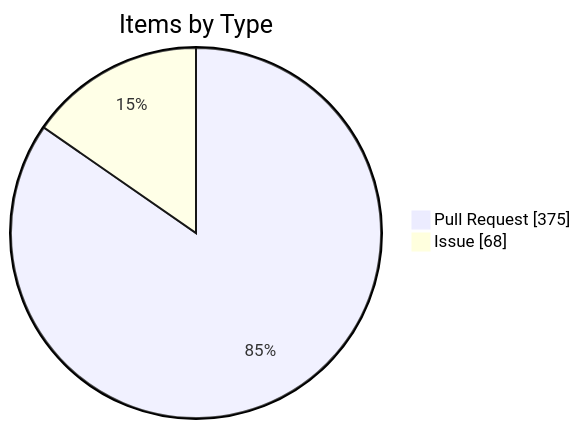
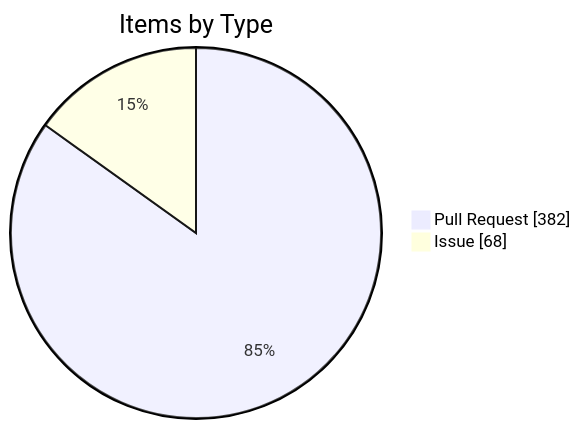
One commit to KBVE/kbve changed the fourth of 4 diagrams in apps/kbve/astro-kbve/src/content/docs/dashboard/kanban.mdx. Above: the diagram before and after it, drawn with Mermaid. The commit also changed other lines of this file and 7 other files, not shown here.

````diff
--- a/apps/kbve/astro-kbve/src/content/docs/dashboard/kanban.mdx
+++ b/apps/kbve/astro-kbve/src/content/docs/dashboard/kanban.mdx
@@ -116,6 +116,6 @@
 ```mermaid
 pie showData
     title Items by Type
-    "Pull Request" : 375
+    "Pull Request" : 382
     "Issue" : 68
 ```
````
